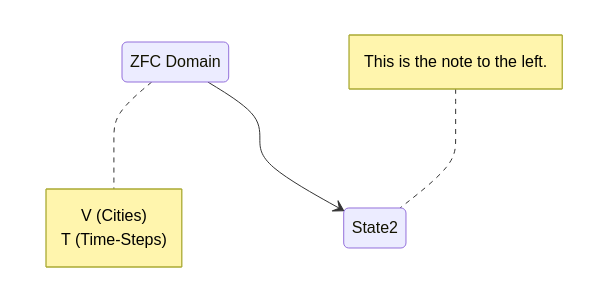
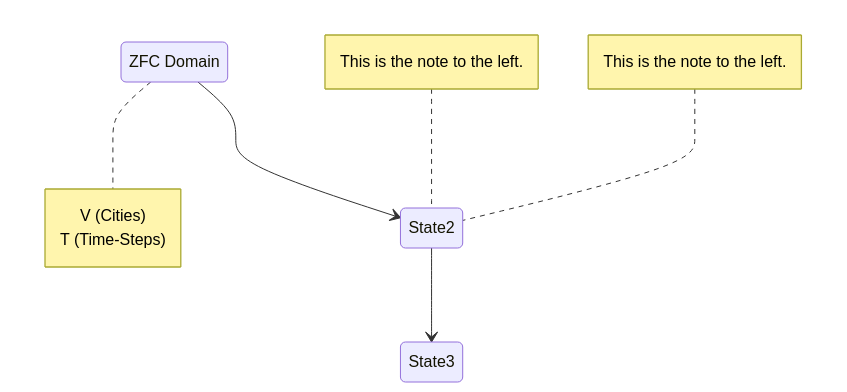
Before and after one commit to roguemage-cyberzen/Reasoning-Engine: the diagram in problems/python/ImplementationGuideTSP.md, drawn with Mermaid.

````diff
--- a/problems/python/ImplementationGuideTSP.md
+++ b/problems/python/ImplementationGuideTSP.md
@@ -15,10 +15,12 @@
 ```mermaid
     stateDiagram-v2
         State1: ZFC Domain
         note right of State1
             V (Cities)
             T (Time-Steps)
         end note
         State1 --> State2
         note left of State2 : This is the note to the left.
+        State2 --> State3
+        note left of State2 : This is the note to the left.
 ```
````
